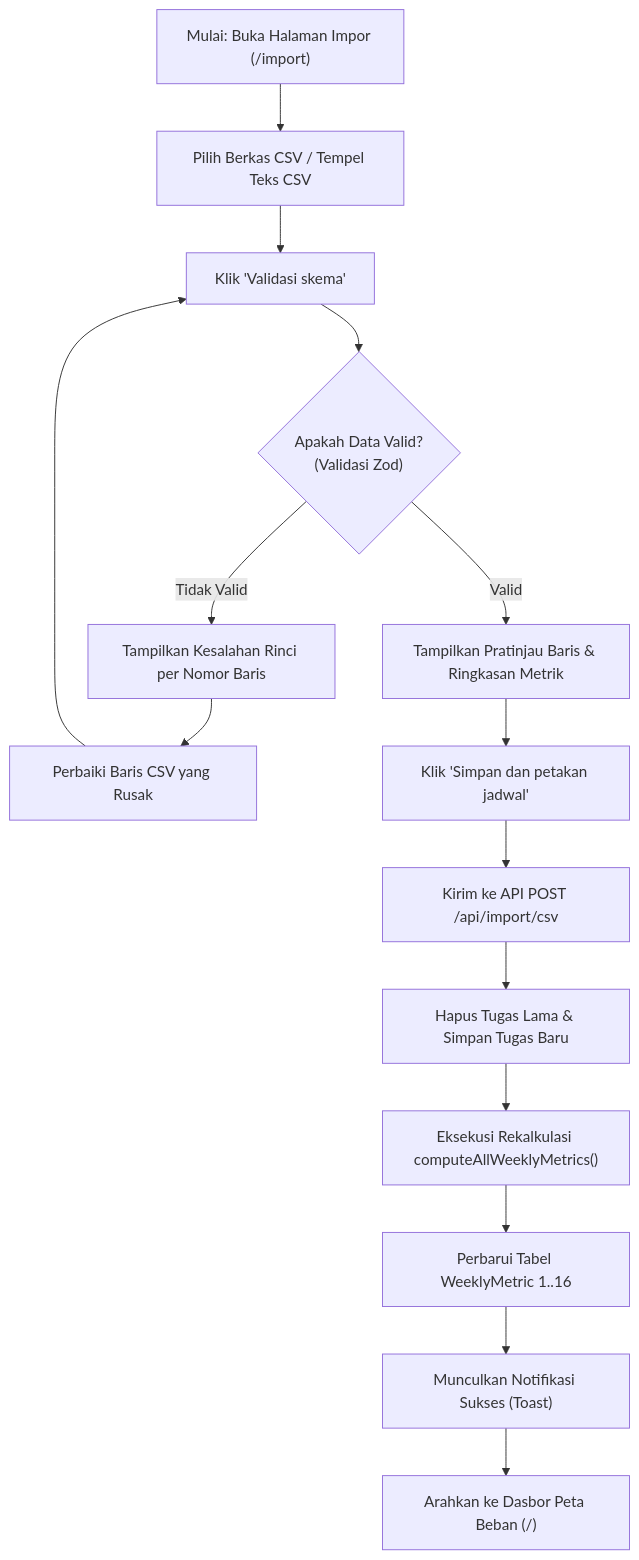
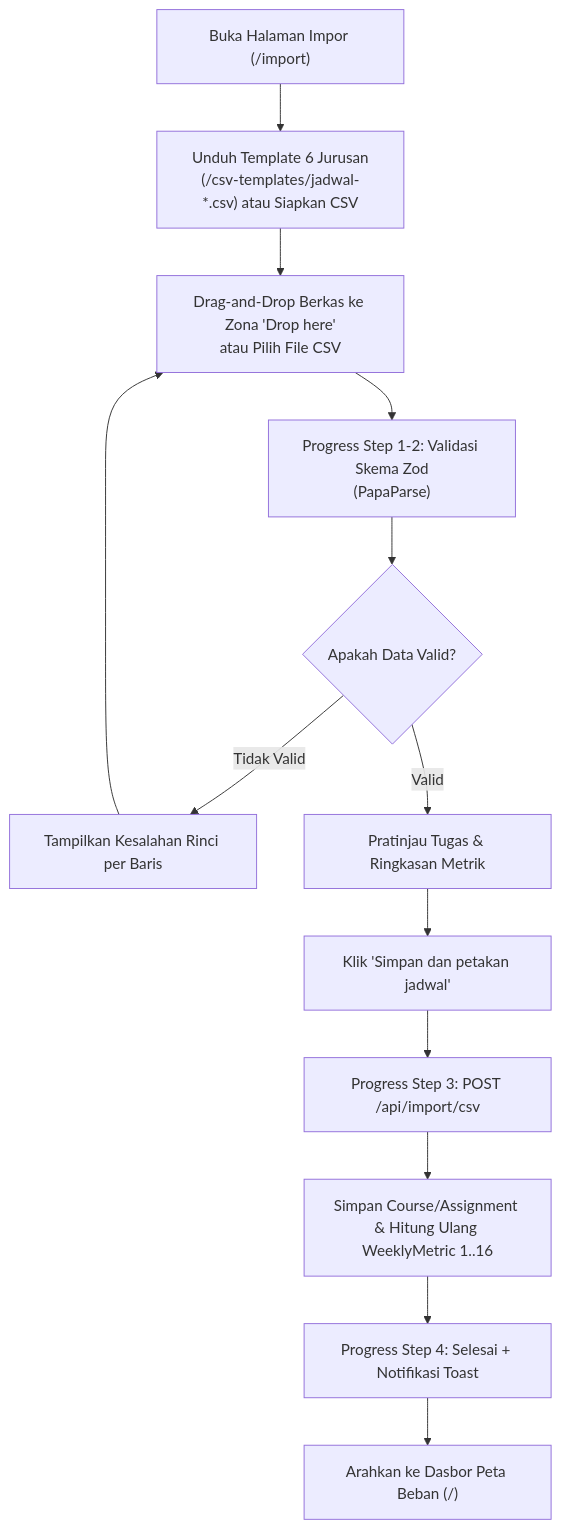
One commit to FayruzAldi/CollisionWeek changed the second of 10 diagrams in PROJECT_FLOW.md. Above: the diagram before and after it, drawn with Mermaid. The commit also changed other lines of this file and 125 other files, not shown here.

````diff
--- a/PROJECT_FLOW.md
+++ b/PROJECT_FLOW.md
@@ -59,17 +85,15 @@
 ```mermaid
 flowchart TD
-    A["Mulai: Buka Halaman Impor (/import)"] --> B["Pilih Berkas CSV / Tempel Teks CSV"]
-    B --> C["Klik 'Validasi skema'"]
-    C --> D{"Apakah Data Valid?\n(Validasi Zod)"}
-    D -- Tidak Valid --> E["Tampilkan Kesalahan Rinci per Nomor Baris"]
-    E --> F["Perbaiki Baris CSV yang Rusak"]
+    A["Buka Halaman Impor (/import)"] --> B["Unduh Template 6 Jurusan\n(/csv-templates/jadwal-*.csv) atau Siapkan CSV"]
+    B --> C["Drag-and-Drop Berkas ke Zona 'Drop here'\natau Pilih File CSV"]
+    C --> D["Progress Step 1-2: Validasi Skema Zod\n(PapaParse)"]
+    D --> E{"Apakah Data Valid?"}
+    E -- Tidak Valid --> F["Tampilkan Kesalahan Rinci per Baris"]
     F --> C
-    D -- Valid --> G["Tampilkan Pratinjau Baris & Ringkasan Metrik"]
+    E -- Valid --> G["Pratinjau Tugas & Ringkasan Metrik"]
     G --> H["Klik 'Simpan dan petakan jadwal'"]
-    H --> I["Kirim ke API POST /api/import/csv"]
-    I --> J["Hapus Tugas Lama & Simpan Tugas Baru"]
-    J --> K["Eksekusi Rekalkulasi computeAllWeeklyMetrics()"]
-    K --> L["Perbarui Tabel WeeklyMetric 1..16"]
-    L --> M["Munculkan Notifikasi Sukses (Toast)"]
-    M --> N["Arahkan ke Dasbor Peta Beban (/)"]
+    H --> I["Progress Step 3: POST /api/import/csv"]
+    I --> J["Simpan Course/Assignment & Hitung Ulang WeeklyMetric 1..16"]
+    J --> K["Progress Step 4: Selesai + Notifikasi Toast"]
+    K --> L["Arahkan ke Dasbor Peta Beban (/)"]
 ```
````
